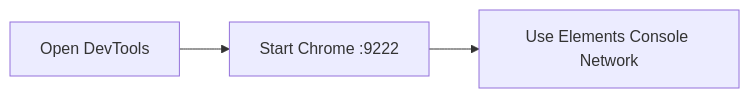
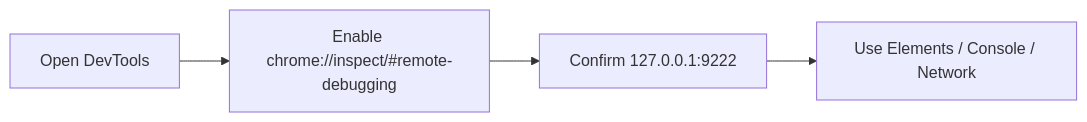
Before and after one commit to wahengchang/ai-study-note: the diagram in content/SetupEnv/setup-chrome-devtools-on-chrome.md, drawn with Mermaid. The commit also changed other lines of this file, not shown here.

Commit message:
docs: update chrome devtools note with inspect remote debugging flow (#10)

````diff
--- a/content/SetupEnv/setup-chrome-devtools-on-chrome.md
+++ b/content/SetupEnv/setup-chrome-devtools-on-chrome.md
@@ -9,5 +9,6 @@
 ```mermaid
 flowchart LR
-  A["Open DevTools"] --> B["Start Chrome :9222"]
-  B --> D["Use Elements Console Network"]
+  A["Open DevTools"] --> B["Enable chrome://inspect/#remote-debugging"]
+  B --> C["Confirm 127.0.0.1:9222"]
+  C --> D["Use Elements / Console / Network"]
 ```
````
